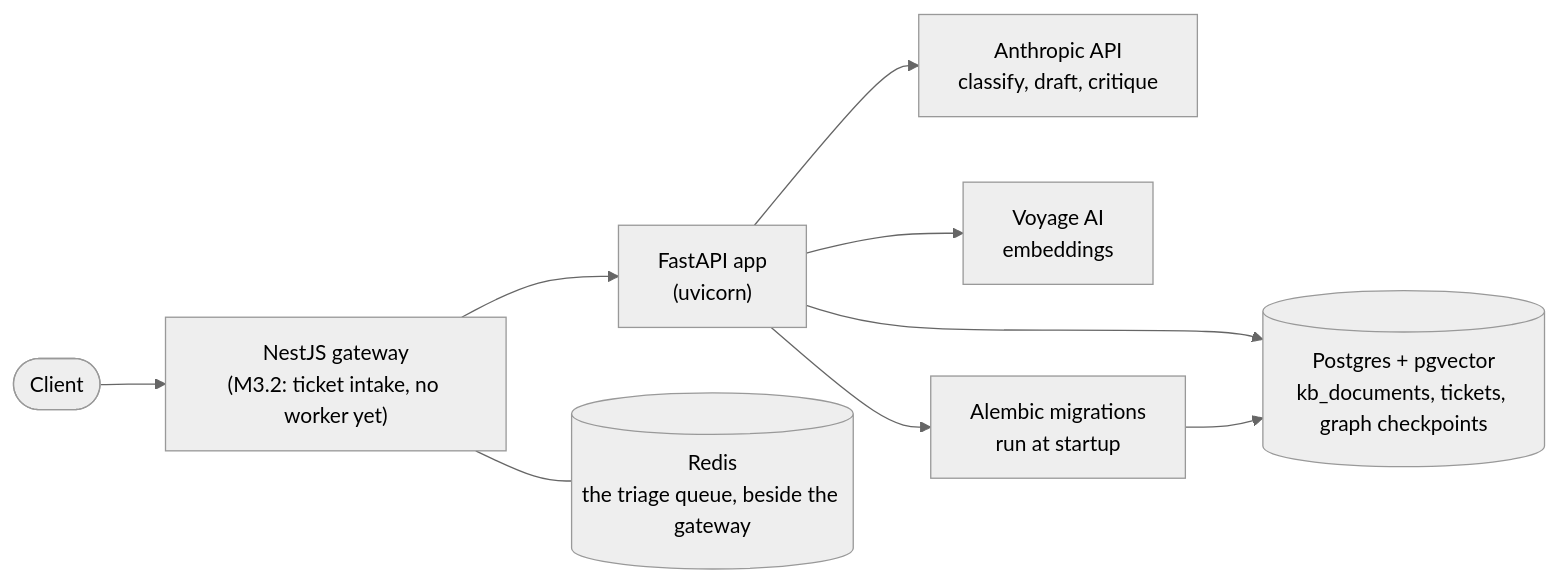
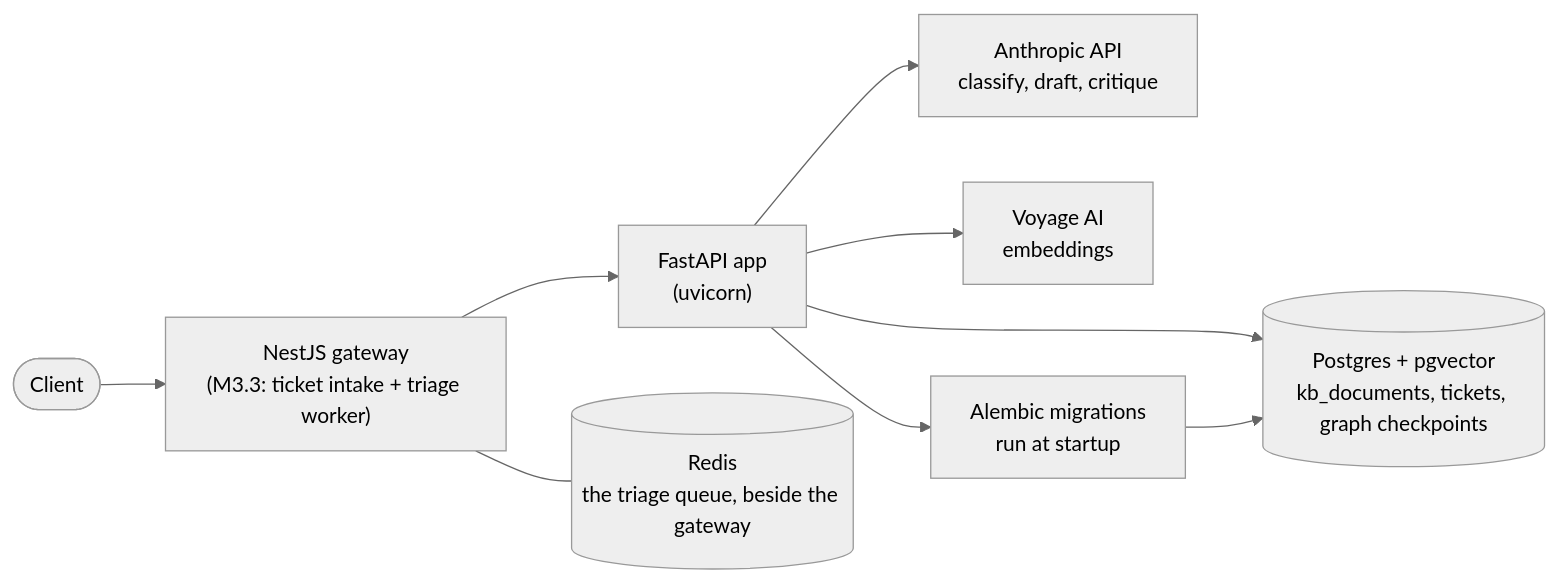
The second of 2 diagrams in README.md (ObiomaIkpe/TriageIQ), drawn with Mermaid (neutral theme) before and after one commit. The commit also changed other lines of this file and 26 other files, not shown here.

Commit message:
gateway: add triage worker with retry rules, custom backoff and safe shutdown

````diff
--- a/README.md
+++ b/README.md
@@ -62,11 +62,11 @@
 ```mermaid
 flowchart LR
-    client([Client]) --> gateway["NestJS gateway<br/>(M3.2: ticket intake, no worker yet)"]
+    client([Client]) --> gateway["NestJS gateway<br/>(M3.3: ticket intake + triage worker)"]
     gateway --> app
     gateway --- redis[("Redis<br/>the triage queue, beside the gateway")]
     app["FastAPI app<br/>(uvicorn)"] --> anthropic["Anthropic API<br/>classify, draft, critique"]
     app --> voyage["Voyage AI<br/>embeddings"]
     app --> pg[("Postgres + pgvector<br/>kb_documents, tickets, graph checkpoints")]
     app --> alembic["Alembic migrations<br/>run at startup"]
     alembic --> pg
 ```
````
